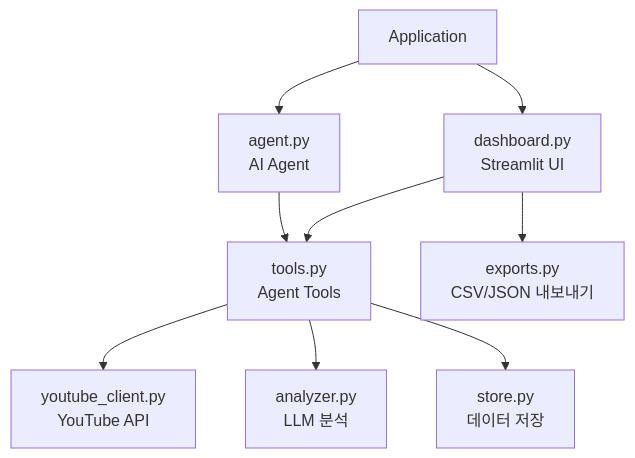
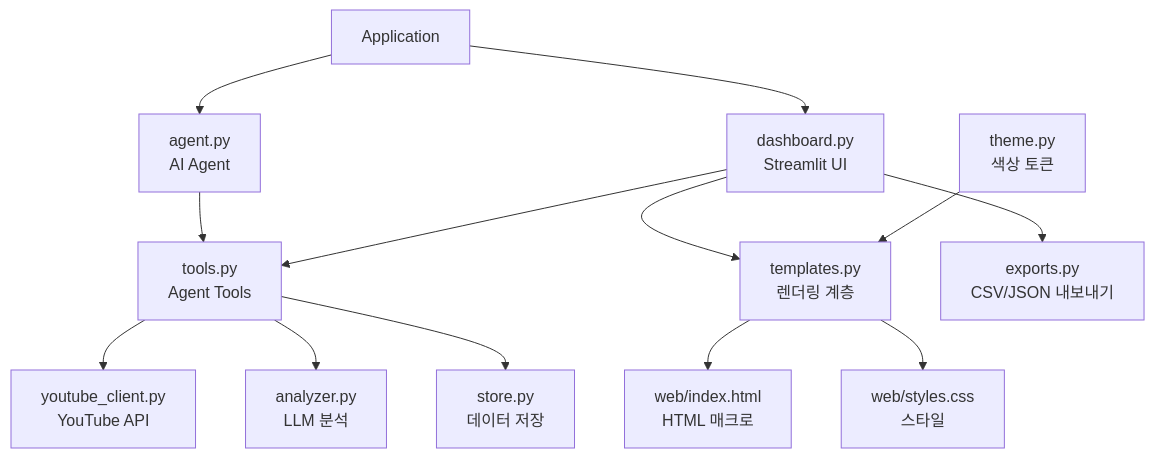
Before and after one commit to yejo0it/youtube-shorts-agent: the third of 3 diagrams in README.md, drawn with Mermaid. The commit also changed other lines of this file and 19 other files, not shown here.

````diff
--- a/README.md
+++ b/README.md
@@ -220,24 +255,34 @@
 ```mermaid
 graph TD
     APP["Application"]
 
     DASH["dashboard.py<br/>Streamlit UI"]
     AGENT["agent.py<br/>AI Agent"]
     TOOLS["tools.py<br/>Agent Tools"]
+
+    TEMPLATES["templates.py<br/>렌더링 계층"]
+    HTML["web/index.html<br/>HTML 매크로"]
+    CSS["web/styles.css<br/>스타일"]
+    THEME["theme.py<br/>색상 토큰"]
 
     YOUTUBE["youtube_client.py<br/>YouTube API"]
     ANALYZER["analyzer.py<br/>LLM 분석"]
     STORE["store.py<br/>데이터 저장"]
     EXPORTS["exports.py<br/>CSV/JSON 내보내기"]
 
     APP --> DASH
     APP --> AGENT
 
     AGENT --> TOOLS
     DASH --> TOOLS
     DASH --> EXPORTS
+    DASH --> TEMPLATES
+
+    TEMPLATES --> HTML
+    TEMPLATES --> CSS
+    THEME --> TEMPLATES
 
     TOOLS --> YOUTUBE
     TOOLS --> ANALYZER
     TOOLS --> STORE
 ```
````
